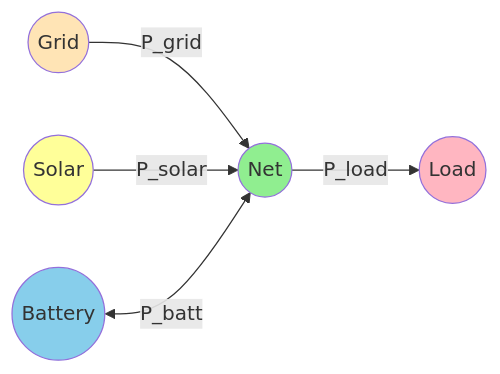
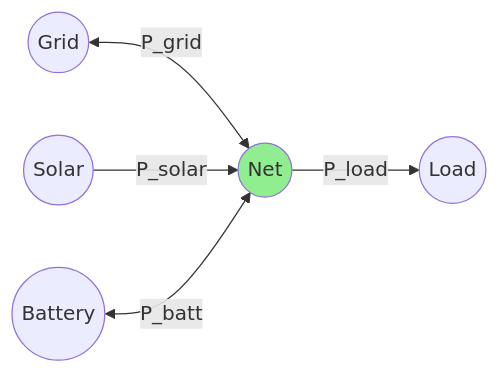
Before and after one commit to hass-energy/haeo: the first of 2 diagrams in docs/modeling/power-balance.md, drawn with Mermaid. The commit also changed other lines of this file and 8 other files, not shown here.

````diff
--- a/docs/modeling/power-balance.md
+++ b/docs/modeling/power-balance.md
@@ -45,13 +41,9 @@
 ```mermaid
 graph LR
-    Grid((Grid)) -->|P_grid| Net((Net))
+    Grid((Grid)) <-->|P_grid| Net((Net))
     Solar((Solar)) -->|P_solar| Net
     Battery((Battery)) <-->|P_batt| Net
     Net -->|P_load| Load((Load))
-
+    
     style Net fill:#90EE90
-    style Grid fill:#FFE4B5
-    style Solar fill:#FFFF99
-    style Battery fill:#87CEEB
-    style Load fill:#FFB6C1
 ```
````
